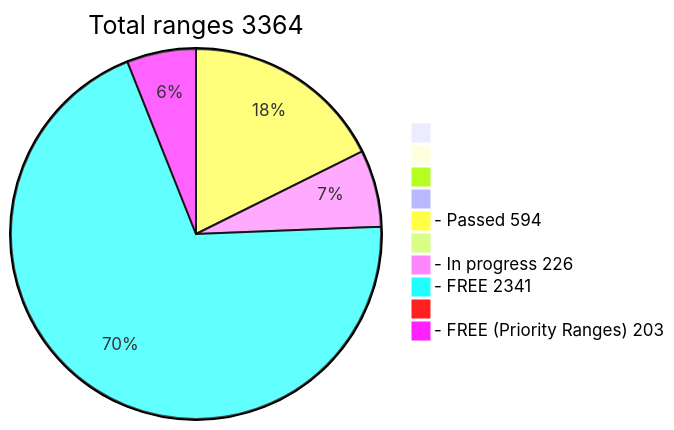
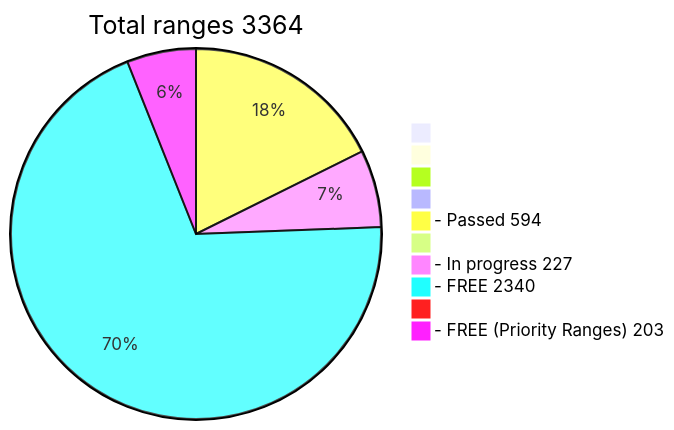
Before and after one commit to phrutis/wif500: the diagram in README.md, drawn with Mermaid.

````diff
--- a/README.md
+++ b/README.md
@@ -16,13 +16,13 @@
 ```mermaid
 pie title Total ranges 3364
              " " : 0
             "  " : 0
            "   " : 0
           "    " : 0
   "- Passed 594" : 594
          "     " : 0
-  "- In progress 226" : 226
-   "- FREE 2341" : 2341
+  "- In progress 227" : 227
+   "- FREE 2340" : 2340
         "      " : 0
   "- FREE (Priority Ranges) 203" : 203
 ```
````
